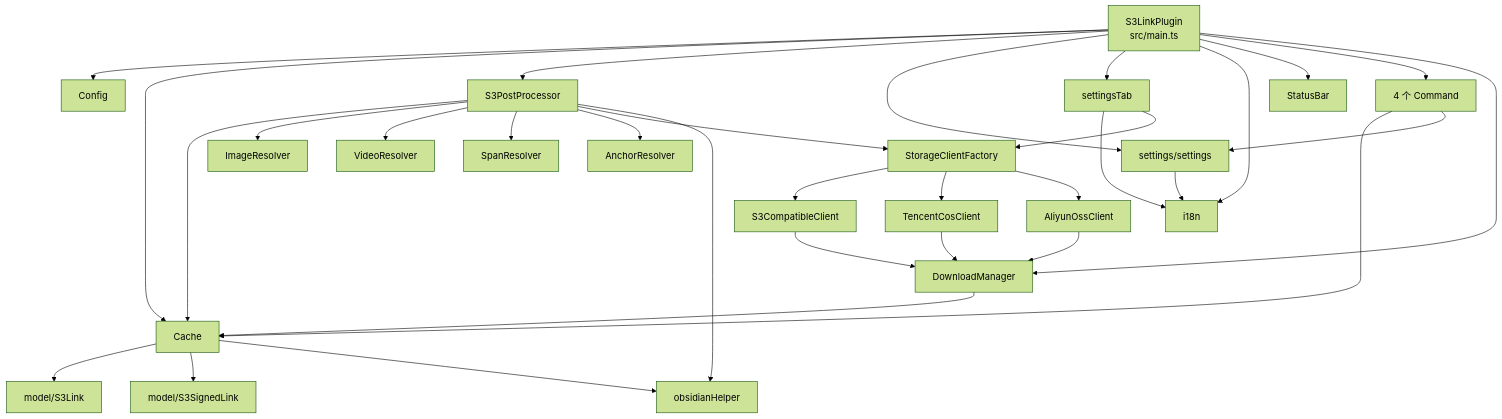
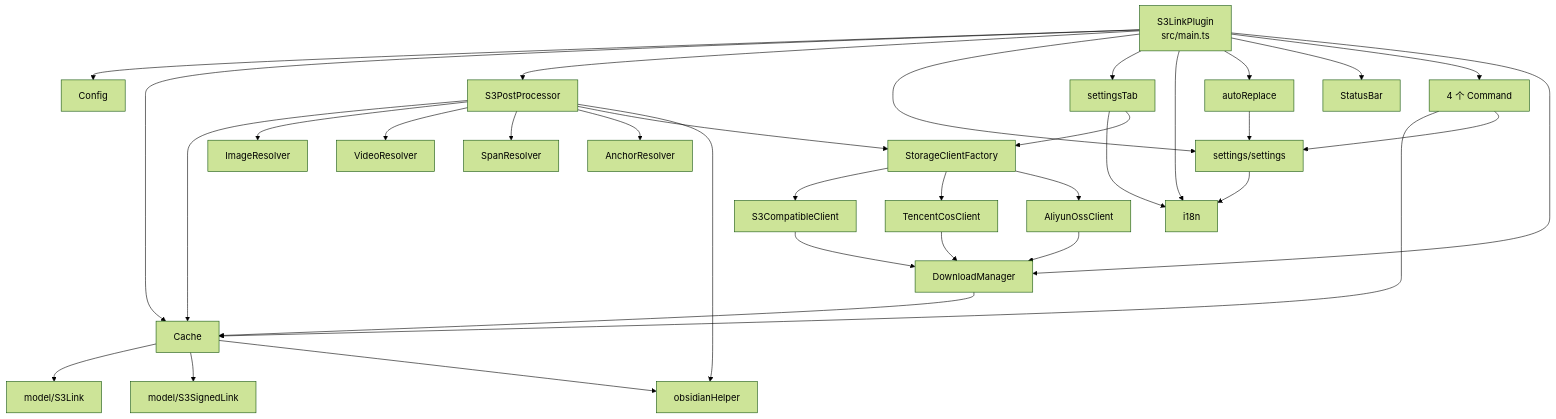
The fourth of 4 diagrams in .arcmesh/system-repo/architecture.md (gavinzmq/obsidian-plugin-s3-link), drawn with Mermaid (forest theme) before and after one commit. The commit also changed other lines of this file and 9 other files, not shown here.

Commit message:
feat: auto-replace remote https URLs with s3 links (vault listener + toggle + i18n)

````diff
--- a/.arcmesh/system-repo/architecture.md
+++ b/.arcmesh/system-repo/architecture.md
@@ -236,41 +197,43 @@
 ```mermaid
 graph TD
     Main[S3LinkPlugin<br>src/main.ts] --> Config
     Main --> Cache
     Main --> S3PP[S3PostProcessor]
     Main --> Settings[settings/settings]
     Main --> SettingsTab[settingsTab]
     Main --> I18n[i18n]
+    Main --> AutoReplace[autoReplace]
     Main --> StatusBar
     Main --> Cmds[4 个 Command]
     Main --> DM[DownloadManager]
 
     SettingsTab --> I18n
     SettingsTab --> Factory[StorageClientFactory]
 
     S3PP --> Cache
     S3PP --> R1[ImageResolver]
     S3PP --> R2[VideoResolver]
     S3PP --> R3[SpanResolver]
     S3PP --> R4[AnchorResolver]
     S3PP --> Factory
 
     Factory --> SC[S3CompatibleClient]
     Factory --> TC[TencentCosClient]
     Factory --> AC[AliyunOssClient]
 
     SC --> DM
     TC --> DM
     AC --> DM
 
     Cmds --> Cache
     Cmds --> Settings
+    AutoReplace --> Settings
 
     Cache --> S3Link[model/S3Link]
     Cache --> S3SignedLink[model/S3SignedLink]
     Cache --> OH[obsidianHelper]
 
     DM --> Cache
     S3PP --> OH
     Settings --> I18n
 ```
````
